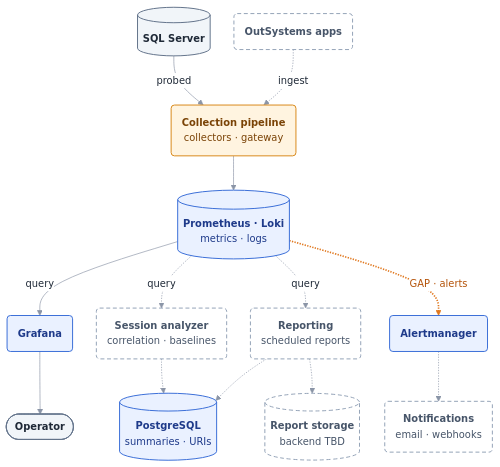
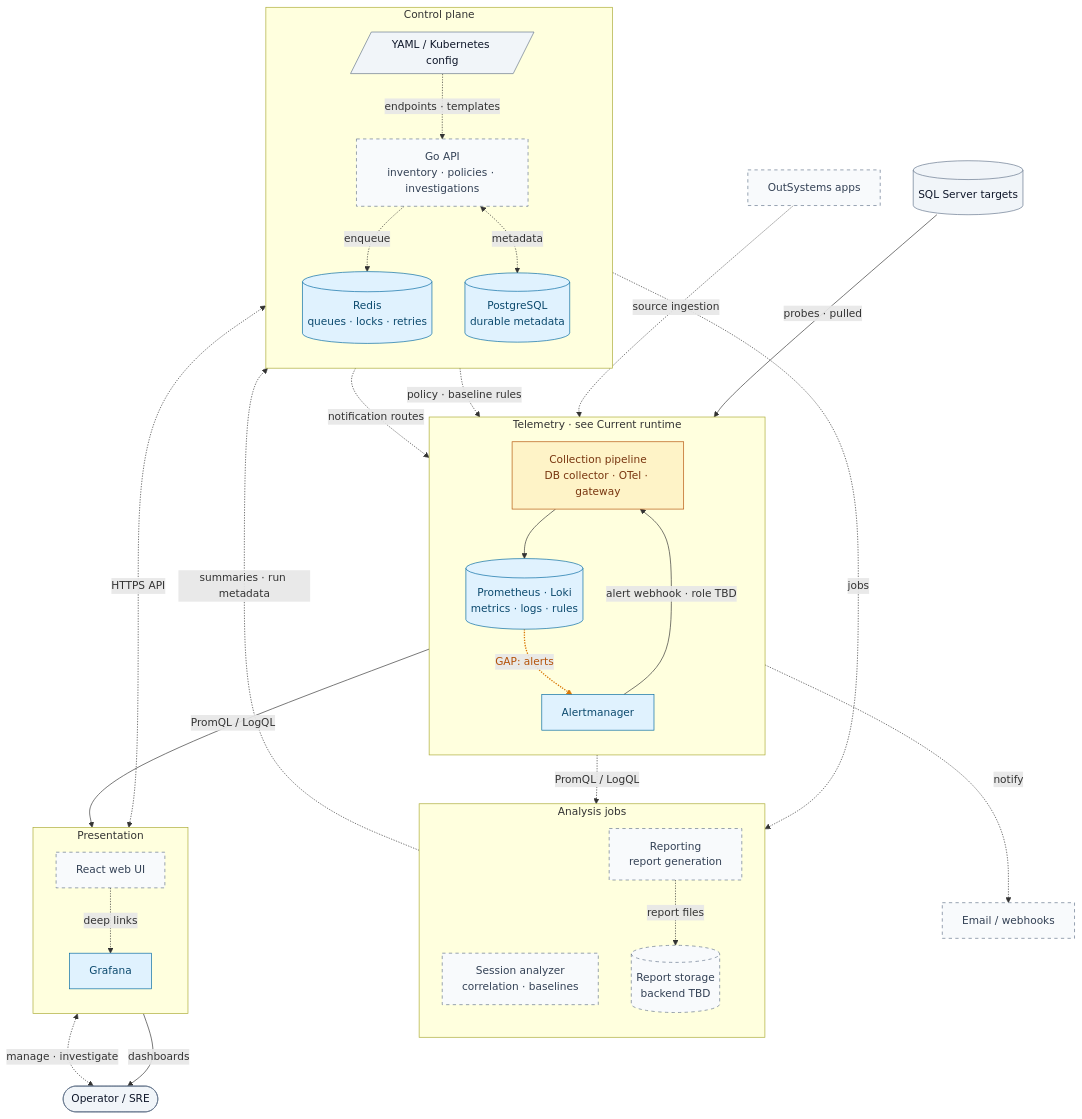
Before and after one commit to gdpais/Heartbeat: the second of 2 diagrams in docs/architecture/overview.md, drawn with Mermaid. The commit also changed other lines of this file, not shown here.

First line of the commit message:
docs: use first-draft architecture diagrams in overview

````diff
--- a/docs/architecture/overview.md
+++ b/docs/architecture/overview.md
@@ -146,41 +97,67 @@
 ```mermaid
-%%{init: {"theme": "base", "fontFamily": "Inter, system-ui, -apple-system, Segoe UI, Helvetica, Arial, sans-serif", "themeVariables": {"fontFamily": "Inter, system-ui, -apple-system, Segoe UI, Helvetica, Arial, sans-serif", "fontSize": "15px", "lineColor": "#8b95a7", "primaryTextColor": "#1f2937", "clusterBkg": "#f8fafc", "clusterBorder": "#cbd5e1", "titleColor": "#475569", "edgeLabelBackground": "#ffffff"}, "flowchart": {"curve": "basis", "nodeSpacing": 36, "rankSpacing": 52, "padding": 16}}}%%
 flowchart TB
-    sql[("<b>SQL Server</b>")]
-    apps("<b>OutSystems apps</b>")
-    pipeline("<b>Collection pipeline</b><br/>collectors · gateway")
-    stores[("<b>Prometheus · Loki</b><br/>metrics · logs")]
+    sql[("SQL Server targets")]
+    apps["OutSystems apps"]
 
-    grafana("<b>Grafana</b>")
-    analyzer("<b>Session analyzer</b><br/>correlation · baselines")
-    reporting("<b>Reporting</b><br/>scheduled reports")
-    am("<b>Alertmanager</b>")
+    subgraph telemetry["Telemetry · see Current runtime"]
+        direction TB
+        pipeline["Collection pipeline<br/>DB collector · OTel · gateway"]
+        stores[("Prometheus · Loki<br/>metrics · logs · rules")]
+        am["Alertmanager"]
+    end
 
-    operator(["<b>Operator</b>"])
-    pg[("<b>PostgreSQL</b><br/>summaries · URIs")]
-    artifacts[("<b>Report storage</b><br/>backend TBD")]
-    delivery("<b>Notifications</b><br/>email · webhooks")
+    subgraph analysis["Analysis jobs"]
+        direction TB
+        analyzer["Session analyzer<br/>correlation · baselines"]
+        reporting["Reporting<br/>report generation"]
+        artifacts[("Report storage<br/>backend TBD")]
+    end
 
-    sql -->|probed| pipeline
-    apps -.->|ingest| pipeline
+    subgraph control["Control plane"]
+        direction TB
+        config[/"YAML / Kubernetes config"/]
+        api["Go API<br/>inventory · policies · investigations"]
+        pg[("PostgreSQL<br/>durable metadata")]
+        redis[("Redis<br/>queues · locks · retries")]
+    end
+
+    subgraph present["Presentation"]
+        direction TB
+        grafana["Grafana"]
+        web["React web UI"]
+    end
+
+    delivery["Email / webhooks"]
+    operator(["Operator / SRE"])
+
+    sql -->|"probes · pulled"| pipeline
+    apps -.->|"source ingestion"| pipeline
     pipeline --> stores
-    stores -->|query| grafana
-    stores -.->|query| analyzer
-    stores -.->|query| reporting
-    stores -.->|"GAP · alerts"| am
-    grafana --> operator
-    analyzer -.-> pg
-    reporting -.-> pg
-    reporting -.-> artifacts
-    am -.-> delivery
+    stores -.->|"GAP: alerts"| am
+    am -.->|"notify"| delivery
+    am -->|"alert webhook · role TBD"| pipeline
+    stores -->|"PromQL / LogQL"| grafana
+    stores -.->|"PromQL / LogQL"| analysis
+    analysis -.->|"summaries · run metadata"| pg
+    reporting -.->|"report files"| artifacts
+    redis -.->|"jobs"| analysis
+    api -.->|"enqueue"| redis
+    api <-.->|"metadata"| pg
+    config -.->|"endpoints · templates"| api
+    api -.->|"policy · baseline rules"| stores
+    api -.->|"notification routes"| am
+    api <-.->|"HTTPS API"| web
+    web -.->|"deep links"| grafana
+    grafana -->|"dashboards"| operator
+    web <-.->|"manage · investigate"| operator
 
-    classDef ok fill:#eaf1ff,stroke:#3b6fd8,stroke-width:1.5px,color:#1e3a8a
-    classDef partial fill:#fff4e0,stroke:#d98a1c,stroke-width:1.5px,color:#7a4306
-    classDef planned fill:#ffffff,stroke:#94a3b8,stroke-width:1.5px,stroke-dasharray:6 4,color:#475569
-    classDef ext fill:#f1f5f9,stroke:#64748b,stroke-width:1.5px,color:#1f2937
-    class stores,grafana,am,pg ok
+    classDef ok fill:#e0f2fe,stroke:#0369a1,color:#0c4a6e
+    classDef partial fill:#fef3c7,stroke:#b45309,color:#78350f
+    classDef planned fill:#f8fafc,stroke:#64748b,color:#334155,stroke-dasharray:5 5
+    classDef external fill:#f1f5f9,stroke:#64748b,color:#0f172a
+    class grafana,pg,redis,stores,am ok
     class pipeline partial
-    class apps,analyzer,reporting,artifacts,delivery planned
-    class sql,operator ext
-    linkStyle 6 stroke:#e0781f,stroke-width:2.5px,color:#b45309
+    class web,api,analyzer,reporting,artifacts,apps,delivery planned
+    class operator,sql,config external
+    linkStyle 3 stroke:#d97706,stroke-width:2px,color:#b45309
 ```
````
